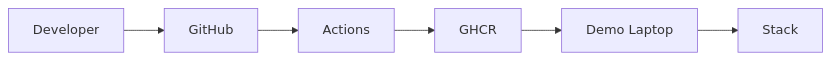
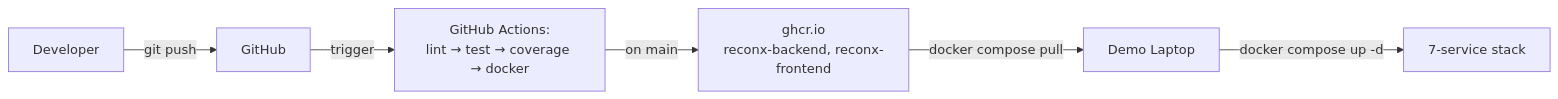
Before and after one commit to shraddhabiradar28/dbG7: the second of 2 diagrams in README.md, drawn with Mermaid. The commit also changed other lines of this file, not shown here.

````diff
--- a/README.md
+++ b/README.md
@@ -20,8 +20,8 @@
 ```mermaid
-flowchart LR
-    Developer[Developer] --> GitHub[GitHub]
-    GitHub --> Actions[Actions]
-    Actions --> GHCR[GHCR]
-    GHCR --> DemoLaptop[Demo Laptop]
-    DemoLaptop --> Stack[Stack]
+graph LR
+    DEV[Developer] -->|git push| GH[GitHub]
+    GH -->|trigger| CI[GitHub Actions:<br/>lint → test → coverage → docker]
+    CI -->|on main| GHCR[ghcr.io<br/>reconx-backend, reconx-frontend]
+    GHCR -->|docker compose pull| LAP[Demo Laptop]
+    LAP -->|docker compose up -d| STACK[7-service stack]
 ```
````
